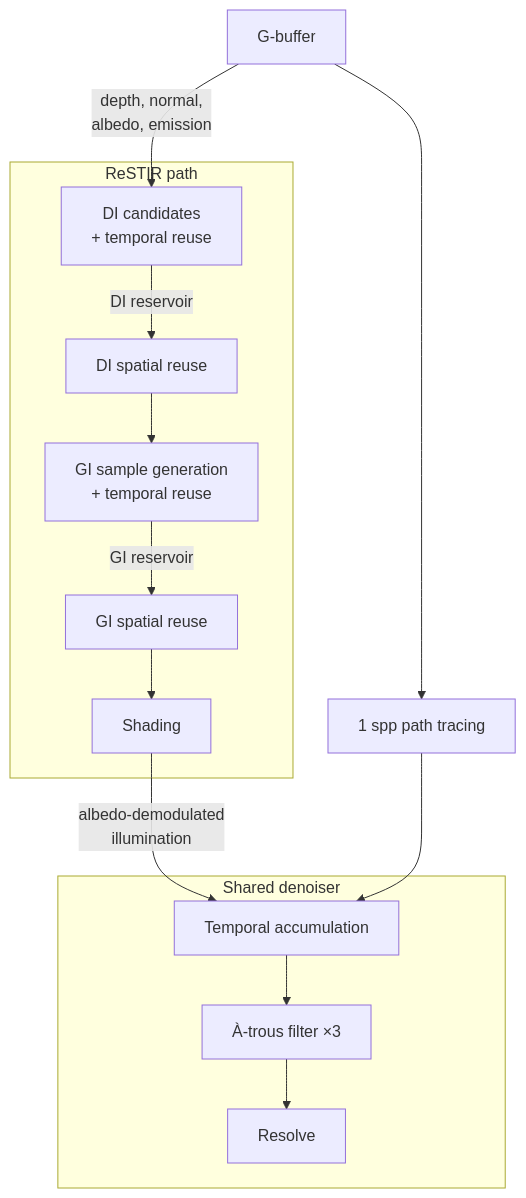
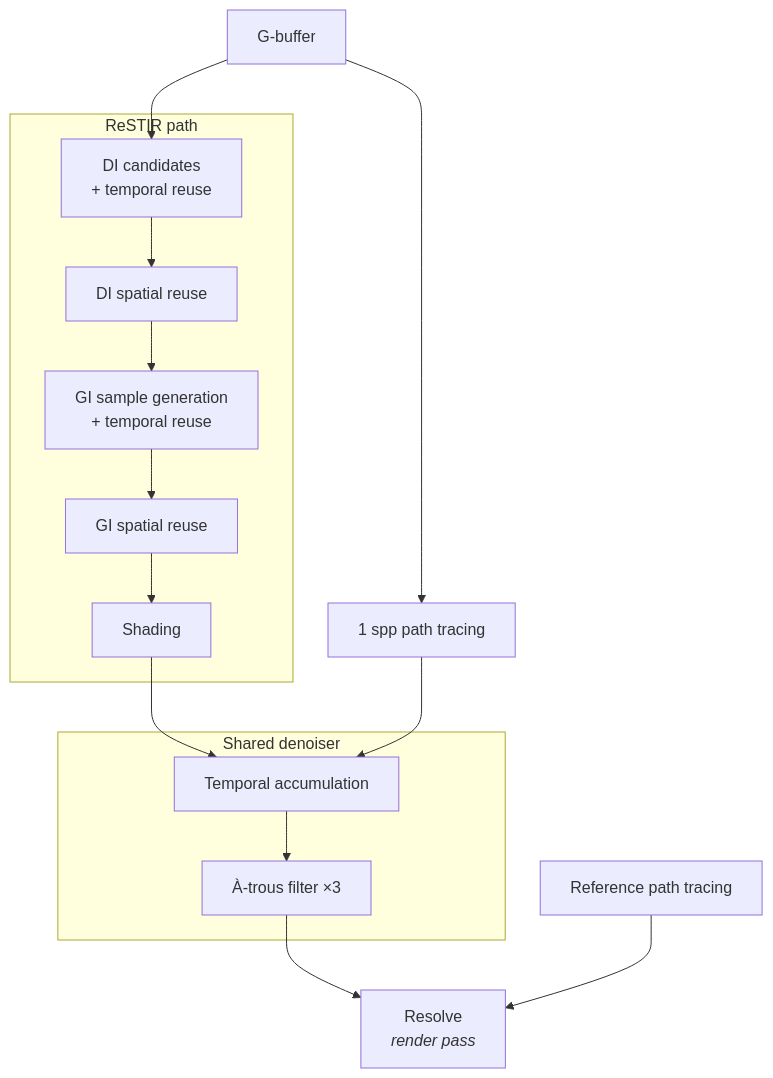
One commit to nemolize/web-gi changed the diagram in docs/architecture.md. Above: the diagram before and after it, drawn with Mermaid. The commit also changed other lines of this file and 3 other files, not shown here.

First line of the commit message:
docs: fix what the pipeline diagram and the a-trous note claimed

````diff
--- a/docs/architecture.md
+++ b/docs/architecture.md
@@ -8,29 +10,29 @@
 ```mermaid
 flowchart TD
-    G["G-buffer"] -- "depth, normal,<br/>albedo, emission" --> DI["DI candidates<br/>+ temporal reuse"]
+    G["G-buffer"] --> DI["DI candidates<br/>+ temporal reuse"]
     G --> PT["1 spp path tracing"]
 
-    DI -- "DI reservoir" --> DIS["DI spatial reuse"]
+    DI --> DIS["DI spatial reuse"]
     DIS --> GI["GI sample generation<br/>+ temporal reuse"]
-    GI -- "GI reservoir" --> GIS["GI spatial reuse"]
+    GI --> GIS["GI spatial reuse"]
     GIS --> SH["Shading"]
 
-    SH -- "albedo-demodulated<br/>illumination" --> TA["Temporal accumulation"]
+    SH --> TA["Temporal accumulation"]
     PT --> TA
     TA --> AT["À-trous filter ×3"]
-    AT --> RS["Resolve"]
+    AT --> RS["Resolve<br/><i>render pass</i>"]
+    REF["Reference path tracing"] --> RS
 
     subgraph reuse ["ReSTIR path"]
         DI
         DIS
         GI
         GIS
         SH
     end
 
     subgraph denoise ["Shared denoiser"]
         TA
         AT
-        RS
     end
 ```
````
